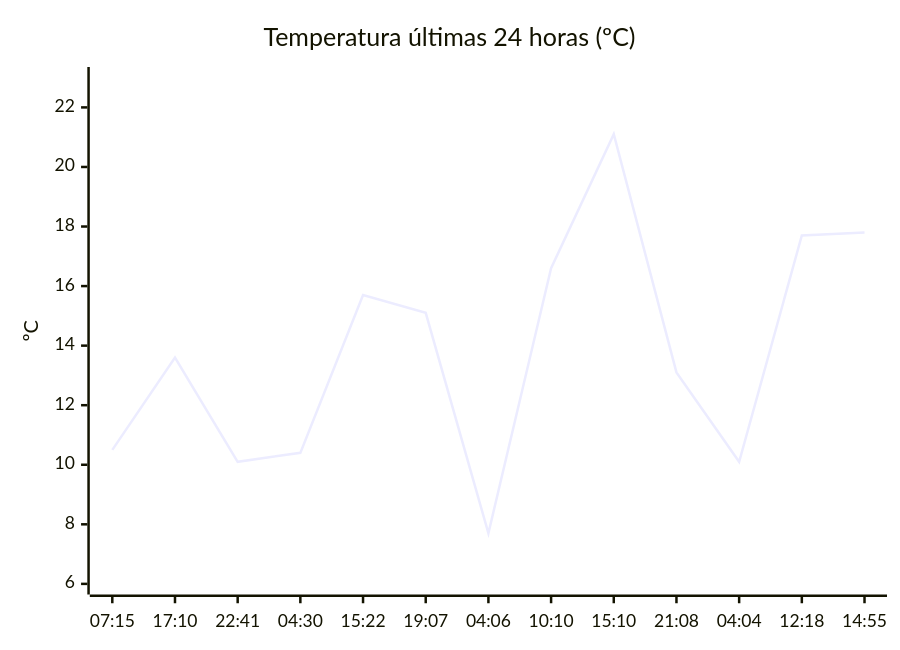
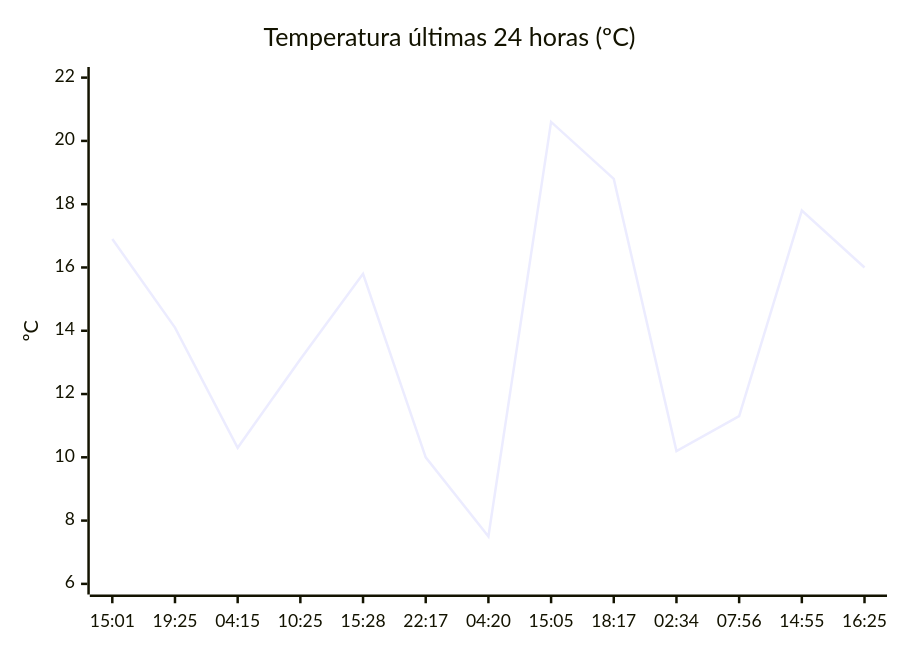
Before and after one commit to solidsnk86/rem-scrap: the diagram in README.md, drawn with Mermaid. The commit also changed other lines of this file, not shown here.

````diff
--- a/README.md
+++ b/README.md
@@ -32,7 +36,7 @@
 ```mermaid
 xychart-beta
     title "Temperatura últimas 24 horas (ºC)"
-    x-axis ["07:15", "17:10", "22:41", "04:30", "15:22", "19:07", "04:06", "10:10", "15:10", "21:08", "04:04", "12:18", "14:55"]
-    y-axis "ºC" 6 --> 23
-    line [10.5, 13.6, 10.1, 10.4, 15.7, 15.1, 7.7, 16.6, 21.1, 13.1, 10.1, 17.7, 17.8]
+    x-axis ["15:01", "19:25", "04:15", "10:25", "15:28", "22:17", "04:20", "15:05", "18:17", "02:34", "07:56", "14:55", "16:25"]
+    y-axis "ºC" 6 --> 22
+    line [16.9, 14.1, 10.3, 13.1, 15.8, 10, 7.5, 20.6, 18.8, 10.2, 11.3, 17.8, 16]
 ```
````
